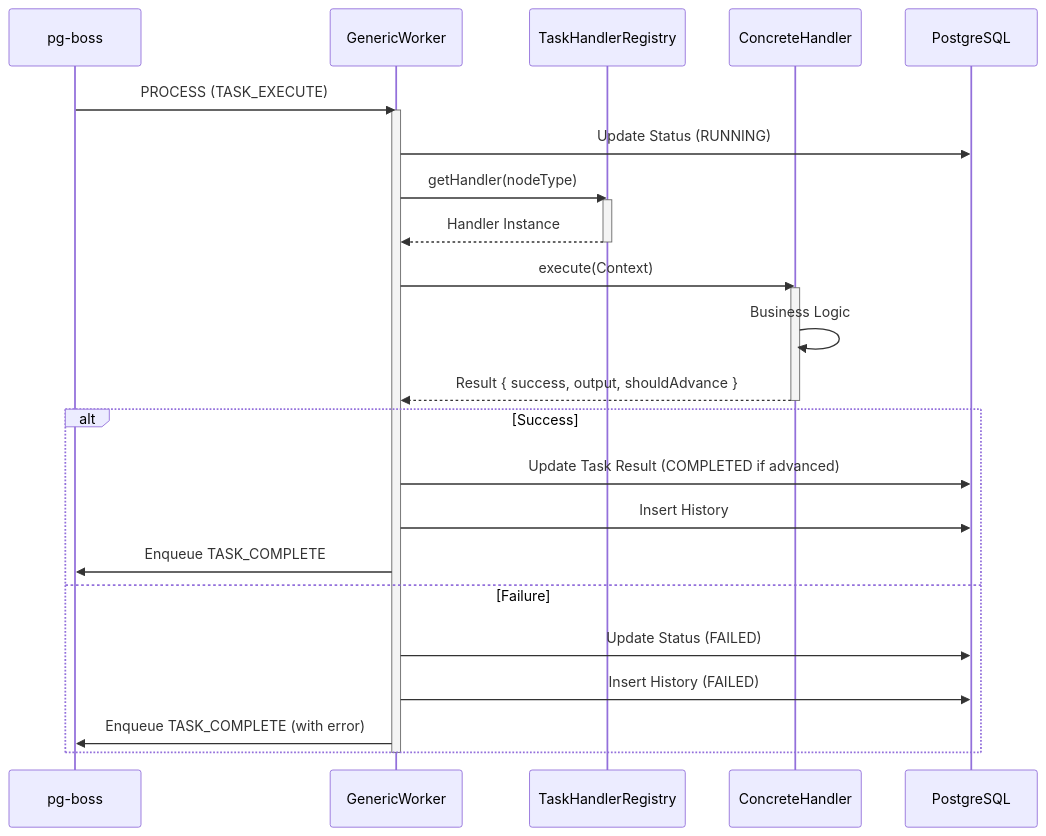
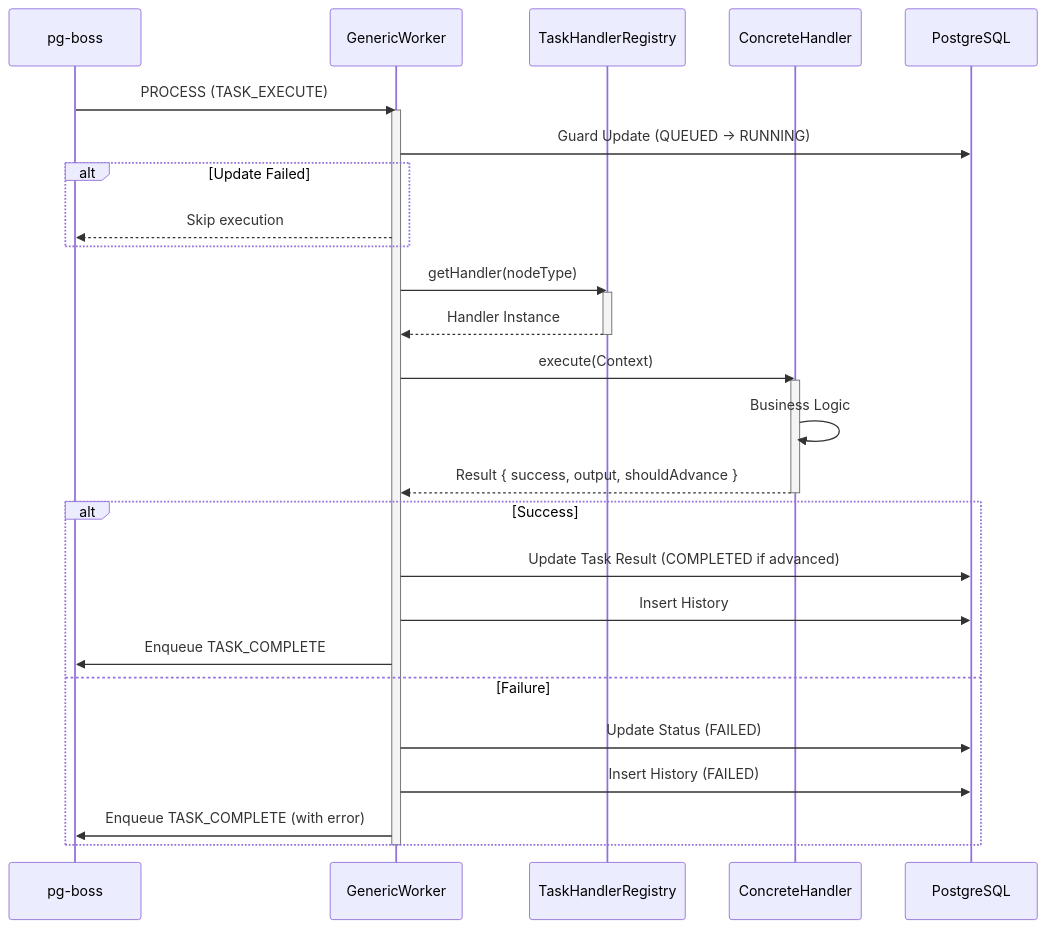
The fourth of 8 diagrams in backend/docs/sequence_diagrams.md (kenichi-33/flow-craft), drawn with Mermaid before and after one commit. The commit also changed other lines of this file and 13 other files, not shown here.

````diff
--- a/backend/docs/sequence_diagrams.md
+++ b/backend/docs/sequence_diagrams.md
@@ -164,36 +164,39 @@
 ```mermaid
 sequenceDiagram
     participant Queue as pg-boss
     participant Worker as GenericWorker
     participant Registry as TaskHandlerRegistry
     participant Handler as ConcreteHandler
     participant DB as PostgreSQL
 
     Queue->>Worker: PROCESS (TASK_EXECUTE)
     activate Worker
     
-    Worker->>DB: Update Status (RUNNING)
+    Worker->>DB: Guard Update (QUEUED -> RUNNING)
+    alt Update Failed
+        Worker-->>Queue: Skip execution
+    end
     
     Worker->>Registry: getHandler(nodeType)
     activate Registry
     Registry-->>Worker: Handler Instance
     deactivate Registry
     
     Worker->>Handler: execute(Context)
     activate Handler
     Handler->>Handler: Business Logic
     Handler-->>Worker: Result { success, output, shouldAdvance }
     deactivate Handler
     
     alt Success
         Worker->>DB: Update Task Result (COMPLETED if advanced)
         Worker->>DB: Insert History
         Worker->>Queue: Enqueue TASK_COMPLETE
     else Failure
         Worker->>DB: Update Status (FAILED)
         Worker->>DB: Insert History (FAILED)
         Worker->>Queue: Enqueue TASK_COMPLETE (with error)
     end
     
     deactivate Worker
 ```
````
